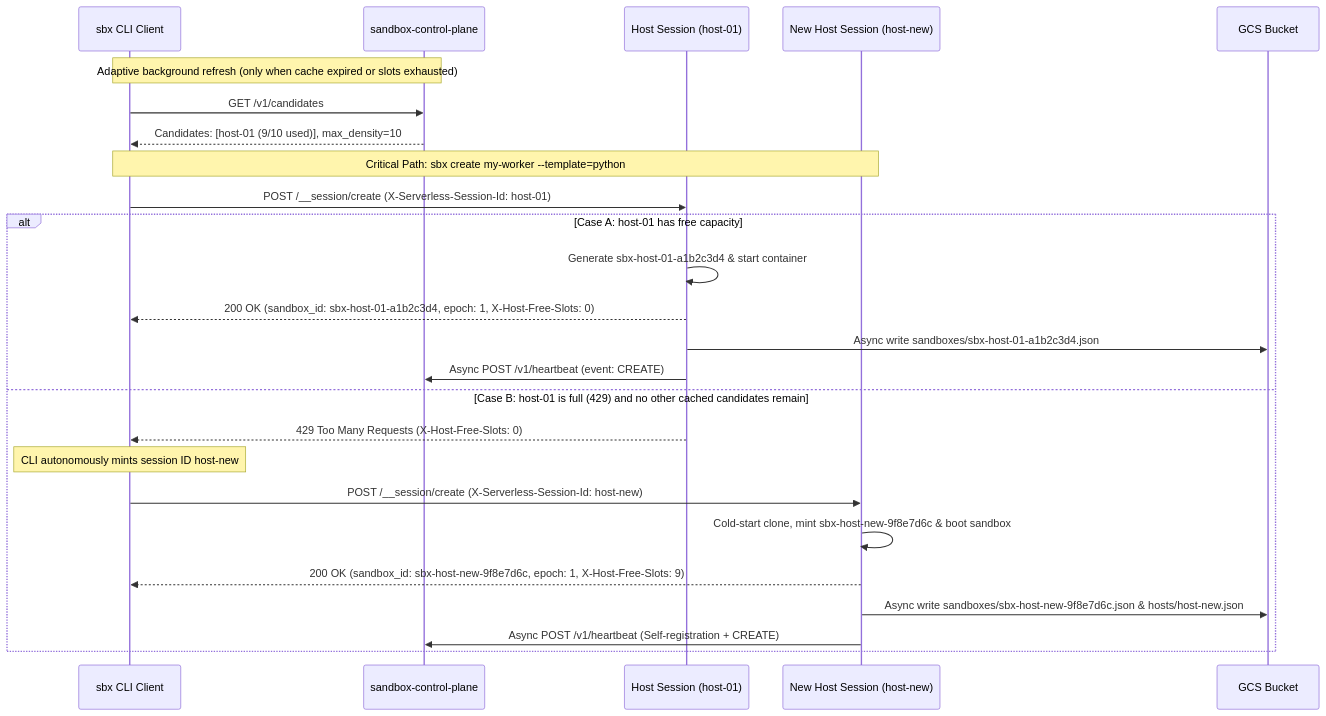
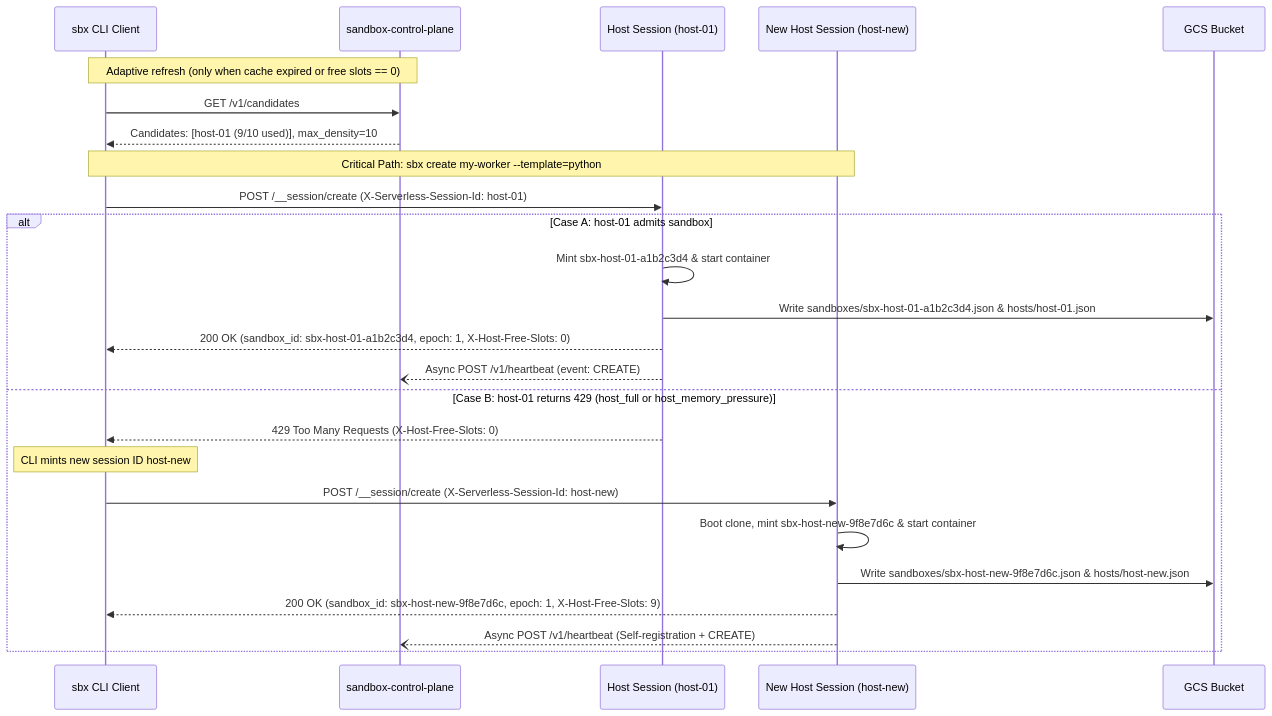
Before and after one commit to oded996/cloud-run-sandbox-dispenser: the second of 3 diagrams in ARCHITECTURE.md, drawn with Mermaid. The commit also changed other lines of this file and 8 other files, not shown here.

````diff
--- a/ARCHITECTURE.md
+++ b/ARCHITECTURE.md
@@ -126,29 +164,29 @@
 ```mermaid
 sequenceDiagram
     participant CLI as sbx CLI Client
     participant CP as sandbox-control-plane
     participant H1 as Host Session (host-01)
     participant H2 as New Host Session (host-new)
     participant GCS as GCS Bucket
 
-    Note over CLI,CP: Adaptive background refresh (only when cache expired or slots exhausted)
+    Note over CLI,CP: Adaptive refresh (only when cache expired or free slots == 0)
     CLI->>CP: GET /v1/candidates
     CP-->>CLI: Candidates: [host-01 (9/10 used)], max_density=10
 
     Note over CLI,H2: Critical Path: sbx create my-worker --template=python
     CLI->>H1: POST /__session/create (X-Serverless-Session-Id: host-01)
-    alt Case A: host-01 has free capacity
-        H1->>H1: Generate sbx-host-01-a1b2c3d4 & start container
+    alt Case A: host-01 admits sandbox
+        H1->>H1: Mint sbx-host-01-a1b2c3d4 & start container
+        H1->>GCS: Write sandboxes/sbx-host-01-a1b2c3d4.json & hosts/host-01.json
         H1-->>CLI: 200 OK (sandbox_id: sbx-host-01-a1b2c3d4, epoch: 1, X-Host-Free-Slots: 0)
-        H1->>GCS: Async write sandboxes/sbx-host-01-a1b2c3d4.json
-        H1->>CP: Async POST /v1/heartbeat (event: CREATE)
-    else Case B: host-01 is full (429) and no other cached candidates remain
+        H1--)CP: Async POST /v1/heartbeat (event: CREATE)
+    else Case B: host-01 returns 429 (host_full or host_memory_pressure)
         H1-->>CLI: 429 Too Many Requests (X-Host-Free-Slots: 0)
-        Note over CLI: CLI autonomously mints session ID host-new
+        Note over CLI: CLI mints new session ID host-new
         CLI->>H2: POST /__session/create (X-Serverless-Session-Id: host-new)
-        H2->>H2: Cold-start clone, mint sbx-host-new-9f8e7d6c & boot sandbox
+        H2->>H2: Boot clone, mint sbx-host-new-9f8e7d6c & start container
+        H2->>GCS: Write sandboxes/sbx-host-new-9f8e7d6c.json & hosts/host-new.json
         H2-->>CLI: 200 OK (sandbox_id: sbx-host-new-9f8e7d6c, epoch: 1, X-Host-Free-Slots: 9)
-        H2->>GCS: Async write sandboxes/sbx-host-new-9f8e7d6c.json & hosts/host-new.json
-        H2->>CP: Async POST /v1/heartbeat (Self-registration + CREATE)
+        H2--)CP: Async POST /v1/heartbeat (Self-registration + CREATE)
     end
 ```
````
